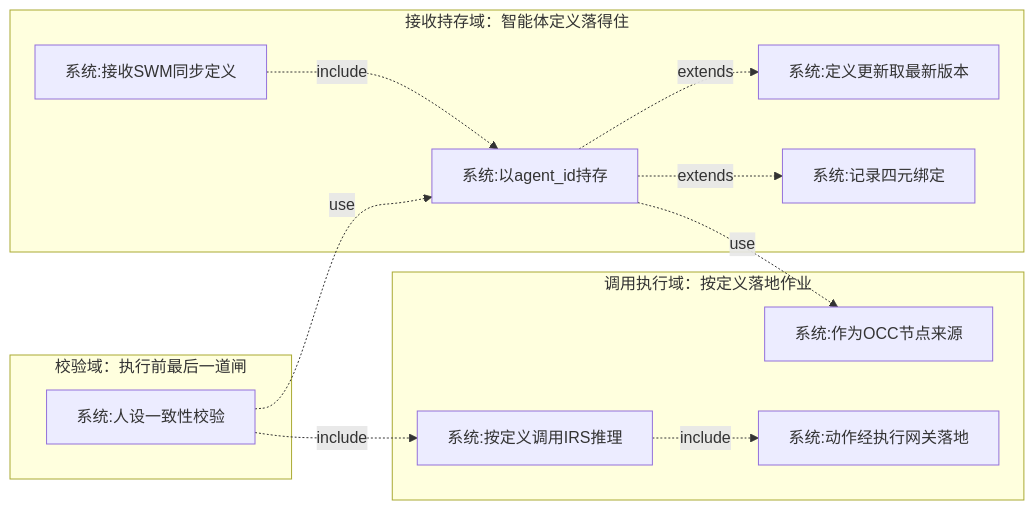
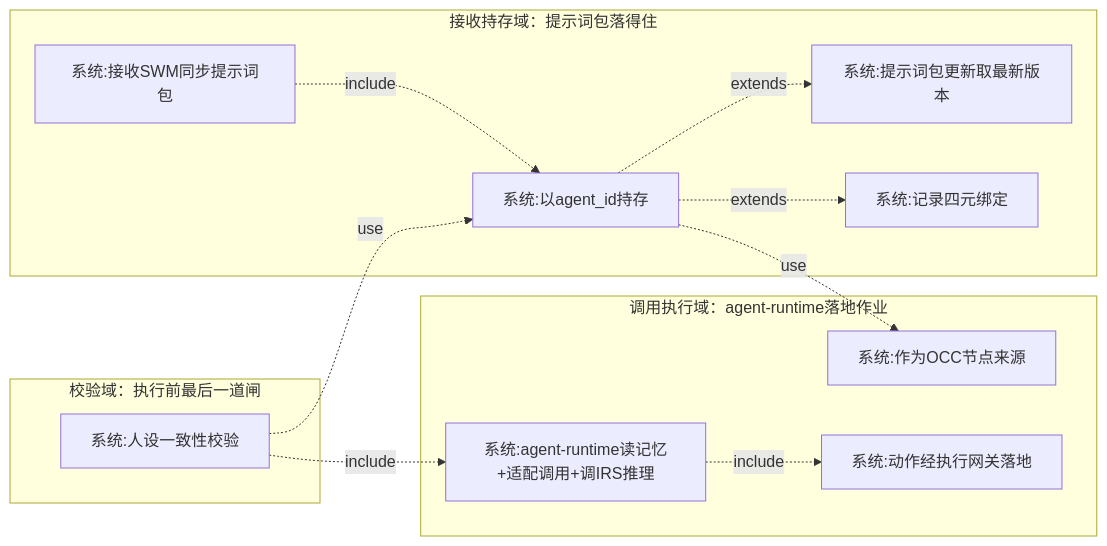
Before and after one commit to Sj-g/obsidian: diagram 21 of 52 in 公司项目/认知作战/文档/软件需求规格说明.md, drawn with Mermaid. The commit also changed other lines of this file and 2 other files, not shown here.

````diff
--- a/公司项目/认知作战/文档/软件需求规格说明.md
+++ b/公司项目/认知作战/文档/软件需求规格说明.md
@@ -1839,24 +1839,24 @@
 ```mermaid
 flowchart LR
-  subgraph 接收持存域["接收持存域：智能体定义落得住"]
-    UC1[系统:接收SWM同步定义]
+  subgraph 接收持存域["接收持存域：提示词包落得住"]
+    UC1[系统:接收SWM同步提示词包]
     UC2[系统:以agent_id持存]
-    UC3[系统:定义更新取最新版本]
+    UC3[系统:提示词包更新取最新版本]
     UC4[系统:记录四元绑定]
     UC1 -. include .-> UC2
     UC2 -. extends .-> UC3
     UC2 -. extends .-> UC4
   end
   subgraph 校验域["校验域：执行前最后一道闸"]
     UC5[系统:人设一致性校验]
     UC5 -. use .-> UC2
   end
-  subgraph 调用执行域["调用执行域：按定义落地作业"]
-    UC6[系统:按定义调用IRS推理]
+  subgraph 调用执行域["调用执行域：agent-runtime落地作业"]
+    UC6[系统:agent-runtime读记忆+适配调用+调IRS推理]
     UC7[系统:动作经执行网关落地]
     UC8[系统:作为OCC节点来源]
     UC5 -. include .-> UC6
     UC6 -. include .-> UC7
     UC2 -. use .-> UC8
   end
 ```
````
